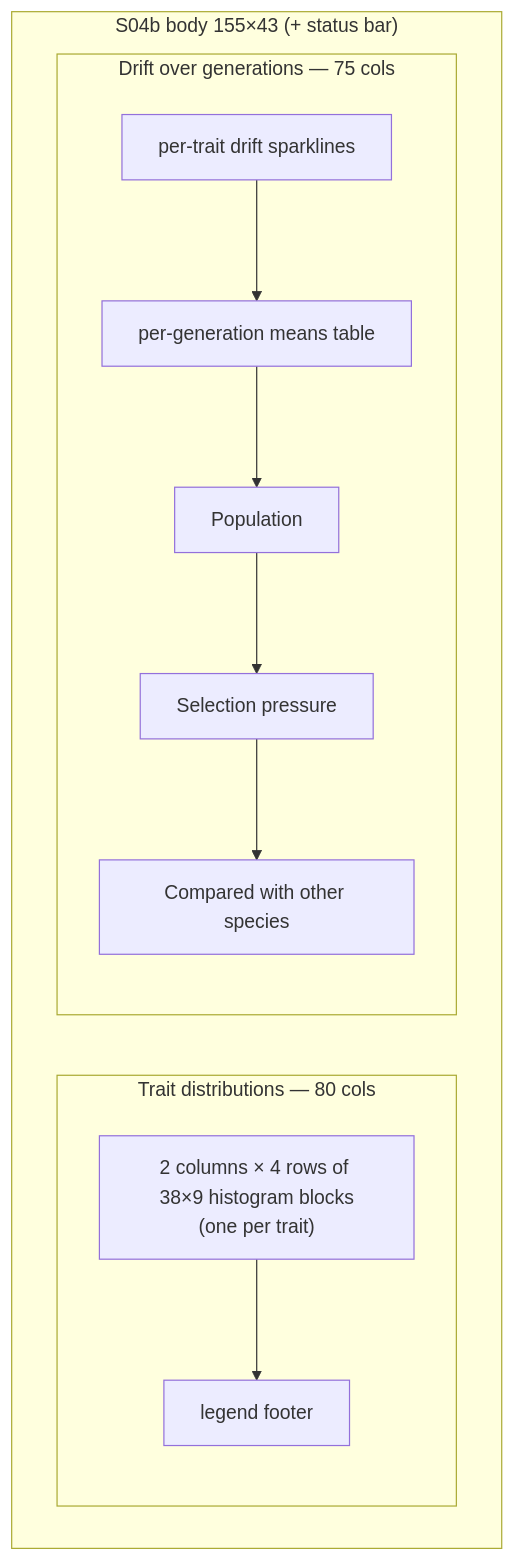
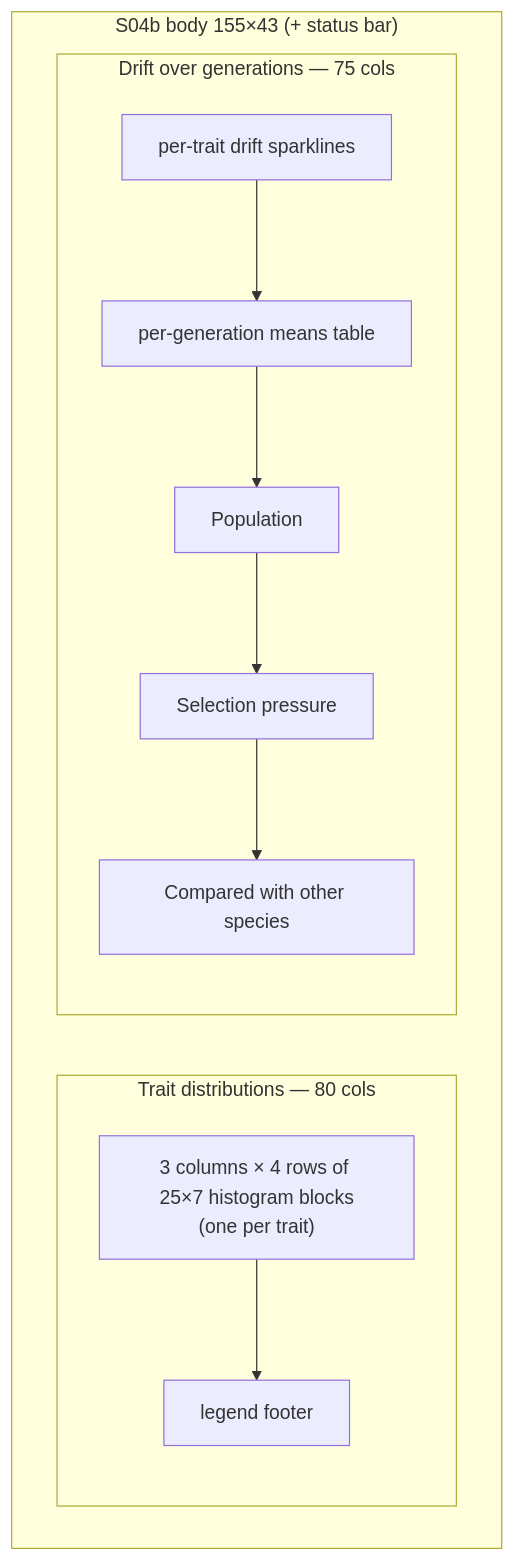
One commit to sbayer55/sim-fortress changed the second of 3 diagrams in docs/screens/s04-species-browser.md. Above: the diagram before and after it, drawn with Mermaid. The commit also changed other lines of this file and 29 other files, not shown here.

````diff
--- a/docs/screens/s04-species-browser.md
+++ b/docs/screens/s04-species-browser.md
@@ -54,21 +54,21 @@
 ```mermaid
 flowchart LR
     subgraph b["S04b body 155×43 (+ status bar)"]
         direction LR
         subgraph H["Trait distributions — 80 cols"]
             direction TB
-            H1["2 columns × 4 rows of 38×9 histogram blocks<br/>(one per trait)"]
+            H1["3 columns × 4 rows of 25×7 histogram blocks<br/>(one per trait)"]
             H2["legend footer"]
             H1 --> H2
         end
         subgraph D["Drift over generations — 75 cols"]
             direction TB
             D1["per-trait drift sparklines"]
             D2["per-generation means table"]
             D3["Population"]
             D4["Selection pressure"]
             D5["Compared with other species"]
             D1 --> D2 --> D3 --> D4 --> D5
         end
     end
 ```
````
